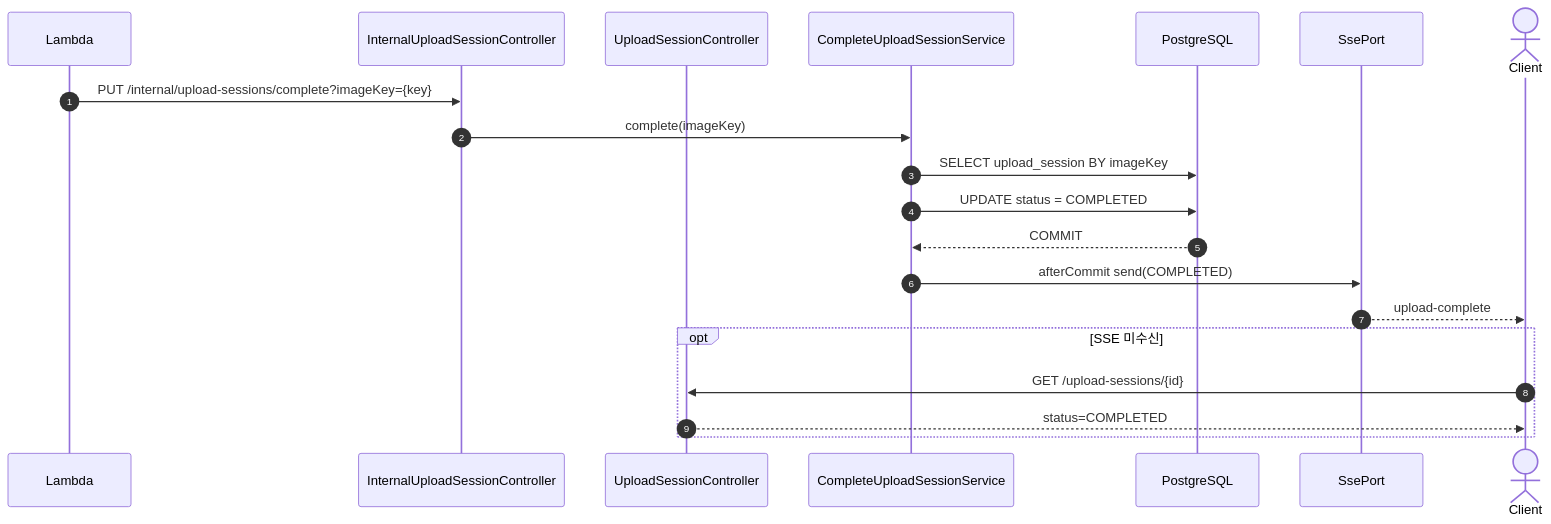
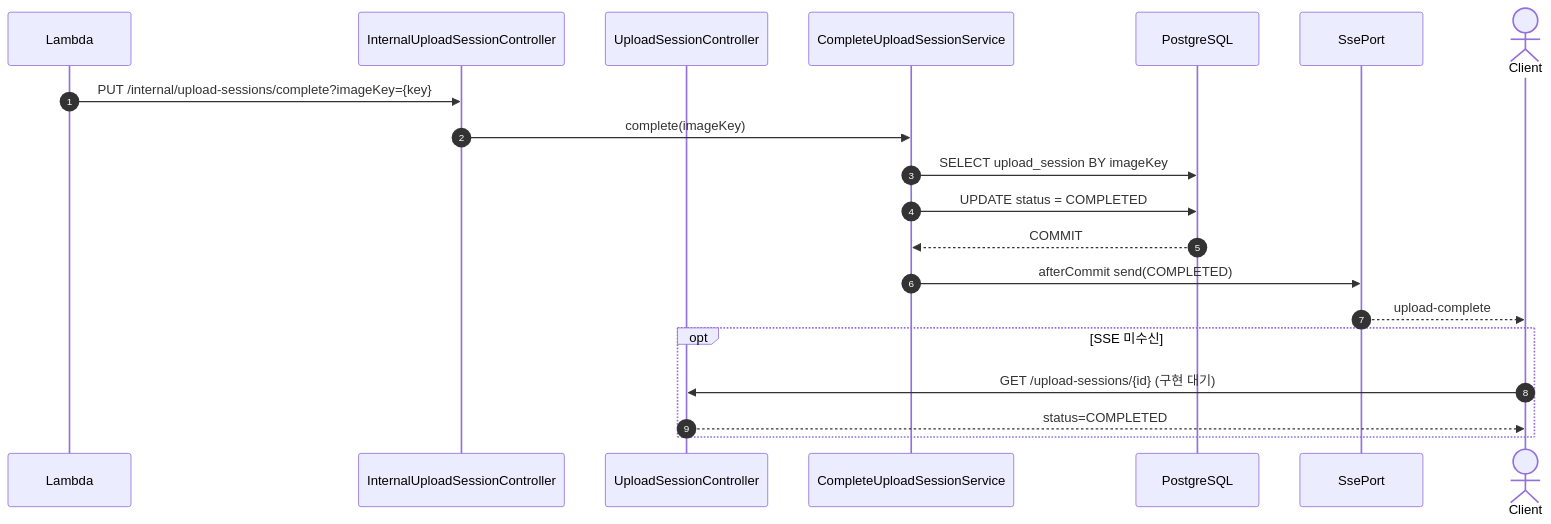
The third of 4 diagrams in docs/spec/sequence/verification.md (JianYang98/TriAgain), drawn with Mermaid before and after one commit. The commit also changed other lines of this file and 8 other files, not shown here.

First line of the commit message:
docs: apply PR #164 review — align upload flow, notification gates, canonical ownership

````diff
--- a/docs/spec/sequence/verification.md
+++ b/docs/spec/sequence/verification.md
@@ -70,24 +80,24 @@
 ```mermaid
 sequenceDiagram
     autonumber
     participant Lambda
     participant Controller as InternalUploadSessionController
     participant StatusController as UploadSessionController
     participant Service as CompleteUploadSessionService
     participant DB as PostgreSQL
     participant SSE as SsePort
     actor Client
 
     Lambda->>Controller: PUT /internal/upload-sessions/complete?imageKey={key}
     Controller->>Service: complete(imageKey)
     Service->>DB: SELECT upload_session BY imageKey
     Service->>DB: UPDATE status = COMPLETED
     DB-->>Service: COMMIT
     Service->>SSE: afterCommit send(COMPLETED)
     SSE-->>Client: upload-complete
 
     opt SSE 미수신
-        Client->>StatusController: GET /upload-sessions/{id}
+        Client->>StatusController: GET /upload-sessions/{id} (구현 대기)
         StatusController-->>Client: status=COMPLETED
     end
 ```
````
